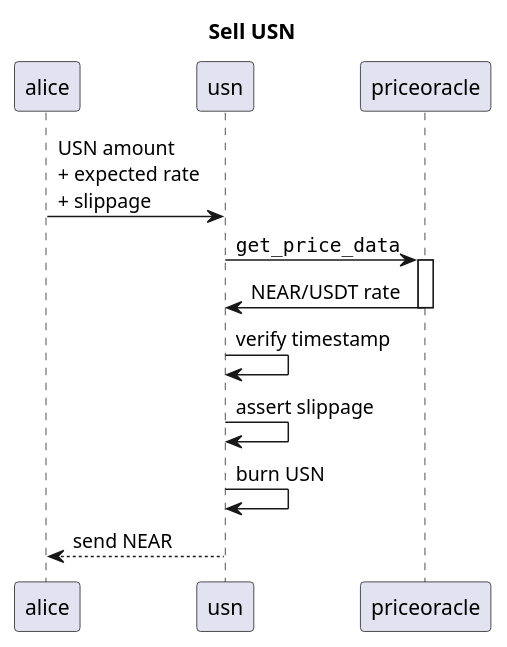
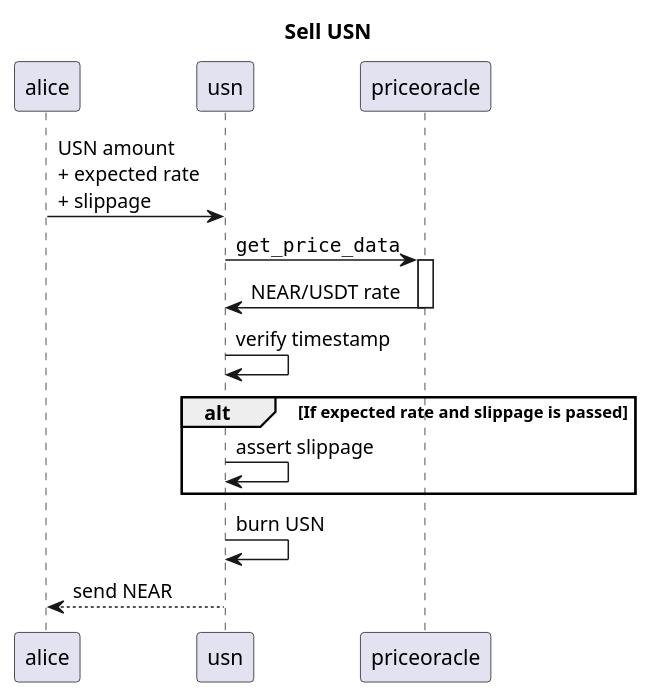
The diagram in images/sell.puml (fdoperezi/usn), drawn with PlantUML before and after one commit. The commit also changed 4 other files, not shown here.

Commit message:
Add examples to README, refresh diagrams

```diff
--- a/images/sell.puml
+++ b/images/sell.puml
@@ -1,16 +1,19 @@
 @startuml
 
 title Sell USN
 
 alice -> usn: USN amount\n+ expected rate\n+ slippage
 
 usn -> priceoracle: ""get_price_data""
 activate priceoracle
 usn <- priceoracle: NEAR/USDT rate
 deactivate priceoracle
 usn -> usn: verify timestamp
 
+alt If expected rate and slippage is passed
 usn -> usn: assert slippage
+end
+
 usn -> usn: burn USN
 alice <-- usn: send NEAR
 @enduml
```
